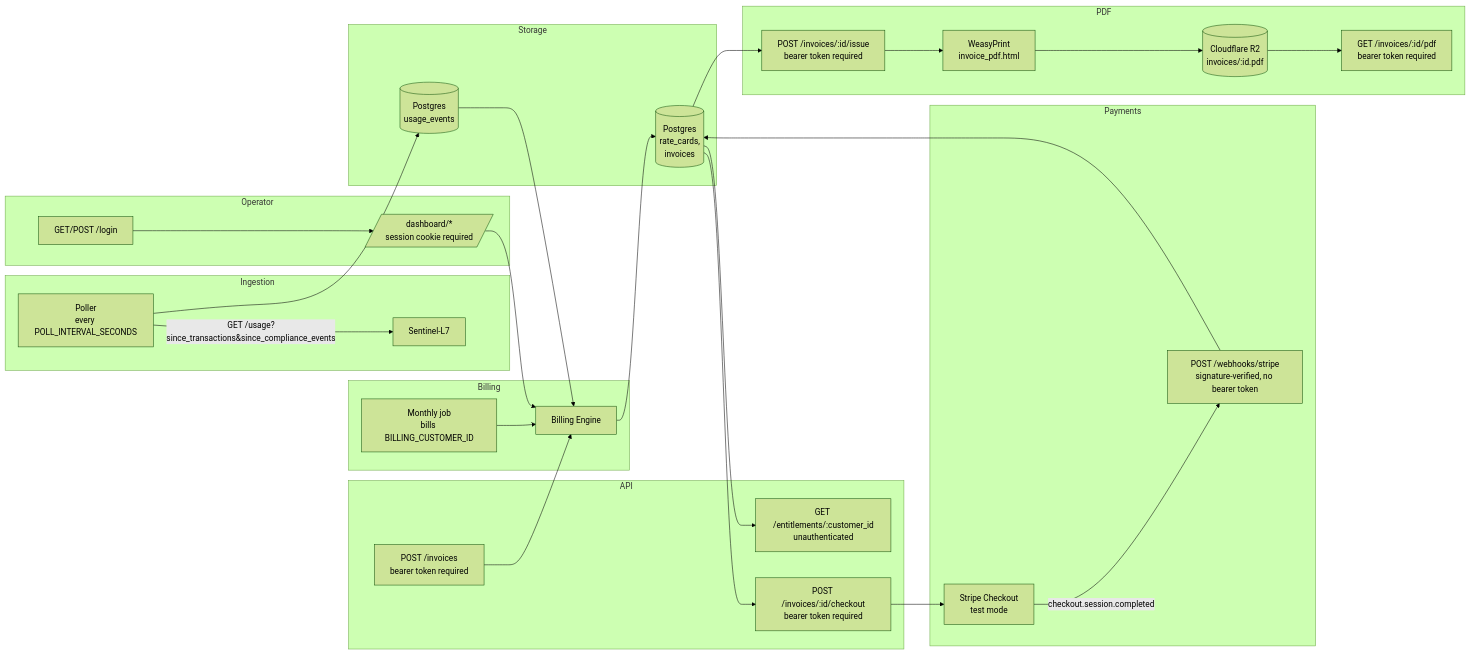
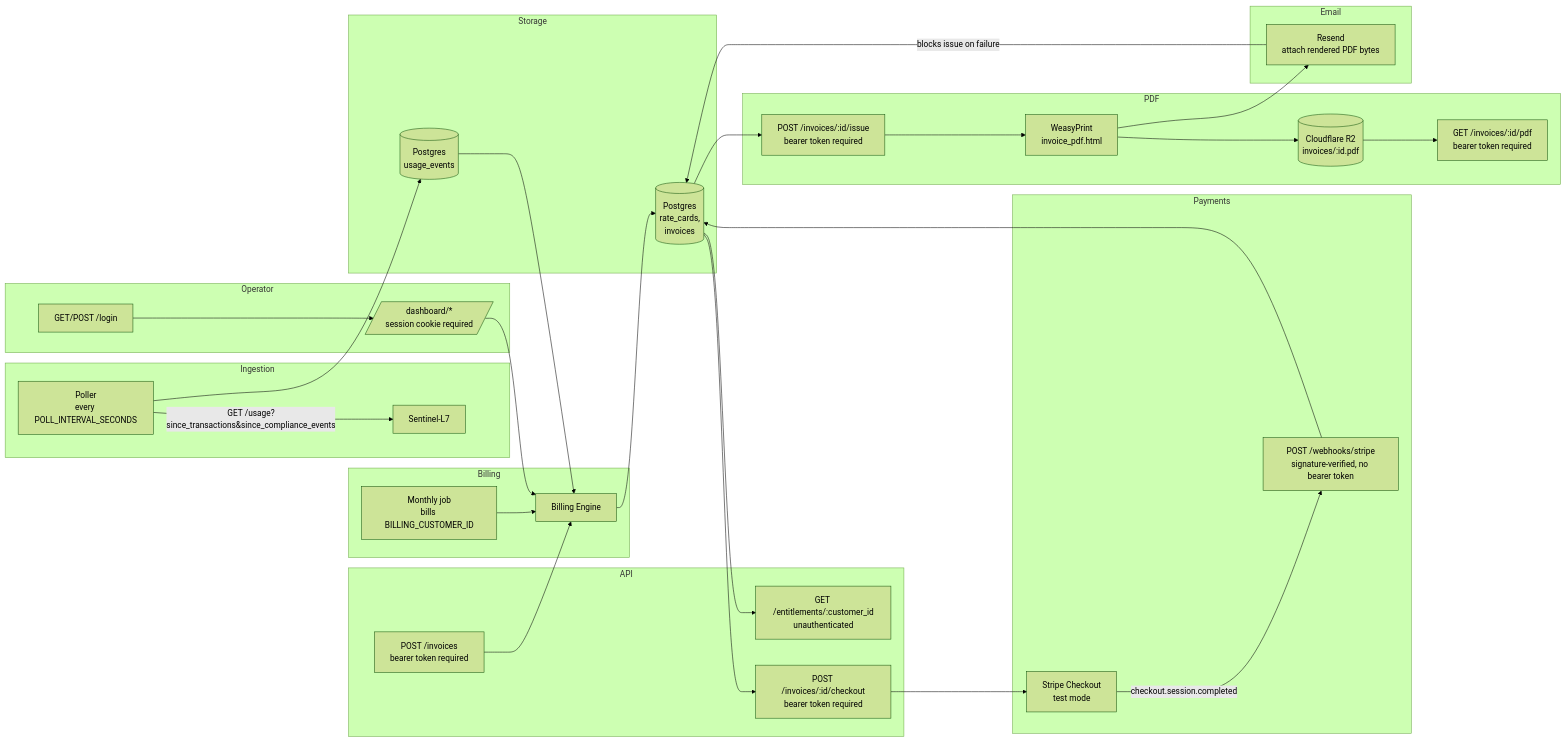
Before and after one commit to obrienma/Ledger-L5: the diagram in README.md, drawn with Mermaid (forest theme). The commit also changed other lines of this file and 19 other files, not shown here.

````diff
--- a/README.md
+++ b/README.md
@@ -97,49 +100,54 @@
 ```mermaid
 flowchart LR
     subgraph Ingestion
         A[Poller<br/>every POLL_INTERVAL_SECONDS] -->|GET /usage?since_transactions&since_compliance_events| B[Sentinel-L7]
     end
     subgraph Storage
         C[(Postgres<br/>usage_events)]
         D[(Postgres<br/>rate_cards,<br/>invoices)]
     end
     subgraph Billing
         E[Billing Engine]
         M[Monthly job<br/>bills BILLING_CUSTOMER_ID]
     end
     subgraph API
         F[GET /entitlements/:customer_id<br/>unauthenticated]
         G[POST /invoices<br/>bearer token required]
         H[POST /invoices/:id/checkout<br/>bearer token required]
     end
     subgraph Operator
         L[GET/POST /login]
         Dash[/dashboard/*<br/>session cookie required/]
     end
     subgraph Payments
         S[Stripe Checkout<br/>test mode]
         W[POST /webhooks/stripe<br/>signature-verified, no bearer token]
     end
     subgraph PDF
         I[POST /invoices/:id/issue<br/>bearer token required]
         WP[WeasyPrint<br/>invoice_pdf.html]
         R2[(Cloudflare R2<br/>invoices/:id.pdf)]
         DL[GET /invoices/:id/pdf<br/>bearer token required]
     end
+    subgraph Email
+        RS[Resend<br/>attach rendered PDF bytes]
+    end
     A --> C
     C --> E
     M --> E
     E --> D
     D --> F
     G --> E
     L --> Dash
     Dash --> E
     D --> H
     H --> S
     S -->|checkout.session.completed| W
     W --> D
     D --> I
     I --> WP
     WP --> R2
+    WP --> RS
+    RS -->|blocks issue on failure| D
     R2 --> DL
 ```
````
